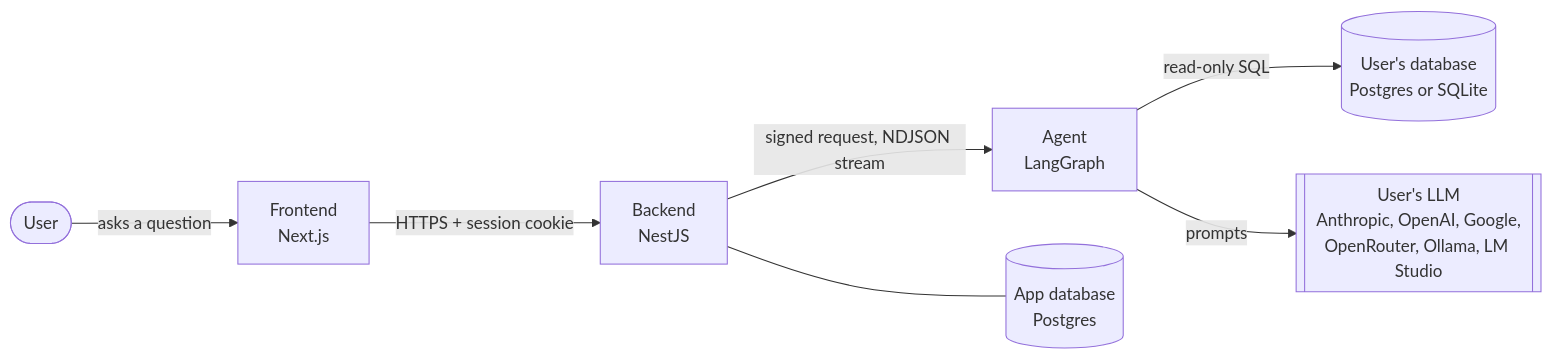
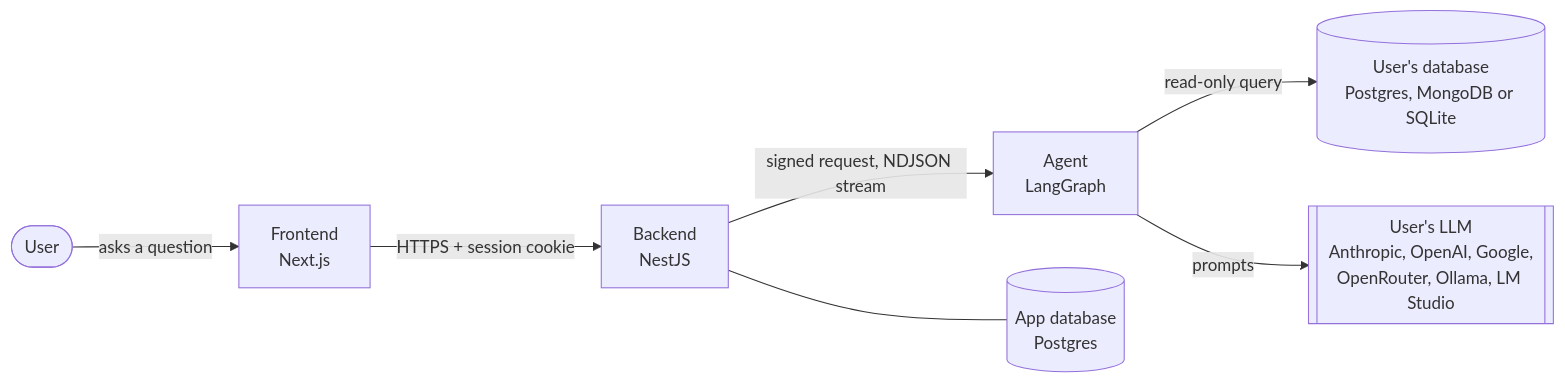
The first of 2 diagrams in docs/README.md (Kakaw-AI/.github), drawn with Mermaid before and after one commit. The commit also changed other lines of this file and 4 other files, not shown here.

First line of the commit message:
Describe MongoDB support in the profile and architecture notes

````diff
--- a/docs/README.md
+++ b/docs/README.md
@@ -18,9 +18,9 @@
 ```mermaid
 flowchart LR
     U([User]) -->|asks a question| FE[Frontend<br/>Next.js]
     FE -->|HTTPS + session cookie| BE[Backend<br/>NestJS]
     BE -->|signed request, NDJSON stream| AG[Agent<br/>LangGraph]
-    AG -->|read-only SQL| UDB[(User's database<br/>Postgres or SQLite)]
+    AG -->|read-only query| UDB[(User's database<br/>Postgres, MongoDB or SQLite)]
     AG -->|prompts| LLM[[User's LLM<br/>Anthropic, OpenAI, Google,<br/>OpenRouter, Ollama, LM Studio]]
     BE --- APPDB[(App database<br/>Postgres)]
 ```
````
